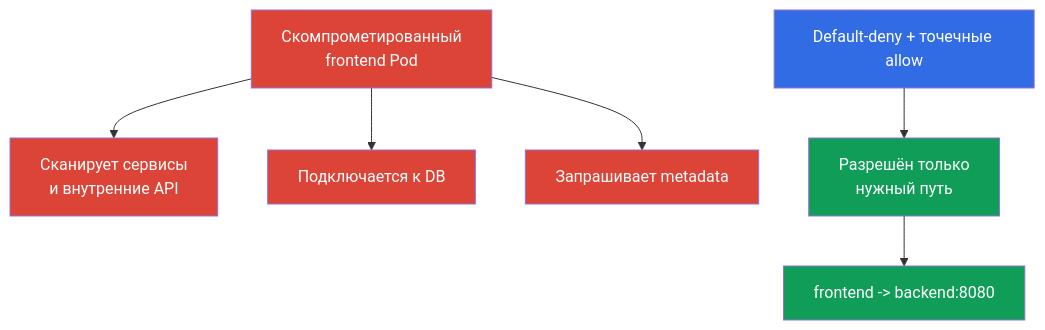
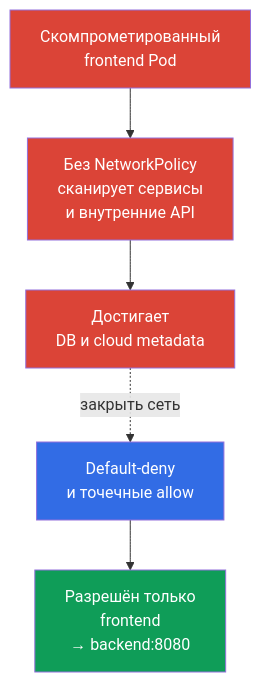
The first of 2 diagrams in tasks/cks/course/04/ru.md (ViktorUJ/cks), drawn with Mermaid before and after one commit. The commit also changed other lines of this file and 6 other files, not shown here.

````diff
--- a/tasks/cks/course/04/ru.md
+++ b/tasks/cks/course/04/ru.md
@@ -13,15 +15,17 @@
 ```mermaid
 flowchart TB
-    bad["Скомпрометированный<br/>frontend Pod"] --> scan["Сканирует сервисы<br/>и внутренние API"]
-    bad --> db["Подключается к DB"]
-    bad --> meta["Запрашивает metadata"]
-    deny["Default-deny + точечные allow"] --> only["Разрешён только<br/>нужный путь"]
-    only --> backend["frontend -> backend:8080"]
+    bad["Скомпрометированный<br/>frontend Pod"]
+    scan["Без NetworkPolicy<br/>сканирует сервисы<br/>и внутренние API"]
+    target["Достигает<br/>DB и cloud metadata"]
+    deny["Default-deny<br/>и точечные allow"]
+    only["Разрешён только<br/>frontend<br/>→ backend:8080"]
+
+    bad --> scan --> target
+    target -. "закрыть сеть" .-> deny --> only
+
     style bad fill:#db4437,color:#fff
     style scan fill:#db4437,color:#fff
-    style db fill:#db4437,color:#fff
-    style meta fill:#db4437,color:#fff
+    style target fill:#db4437,color:#fff
     style deny fill:#326ce5,color:#fff
     style only fill:#0f9d58,color:#fff
-    style backend fill:#0f9d58,color:#fff
 ```
````
